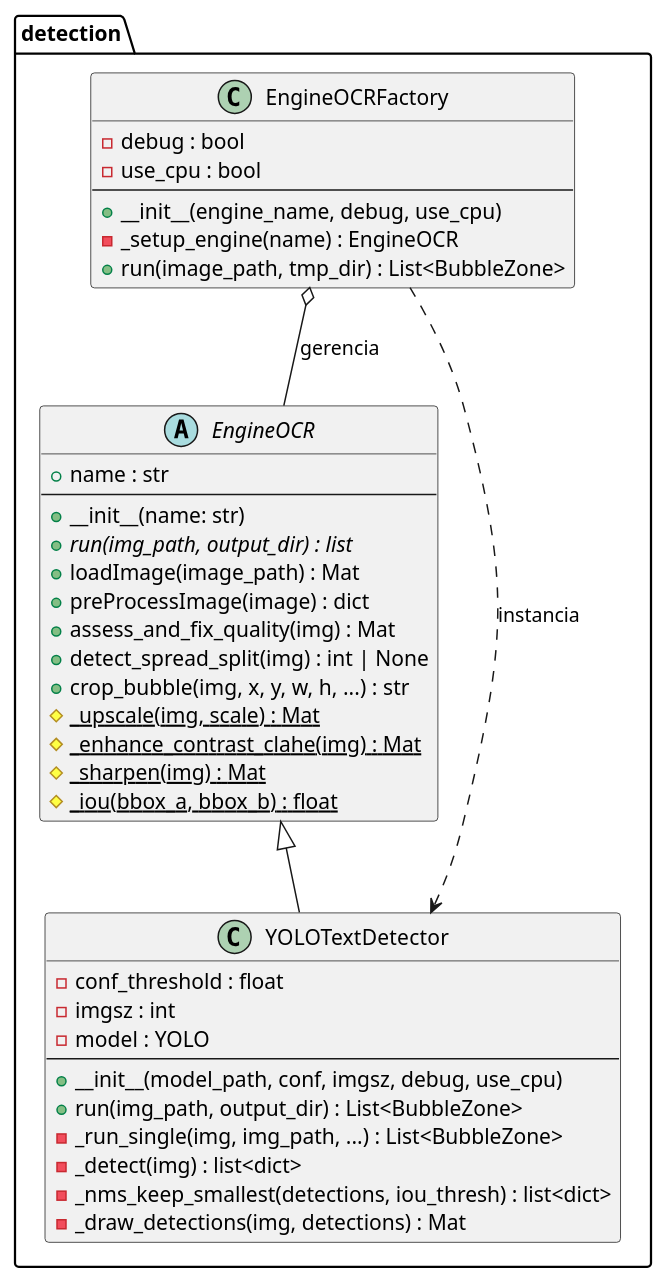
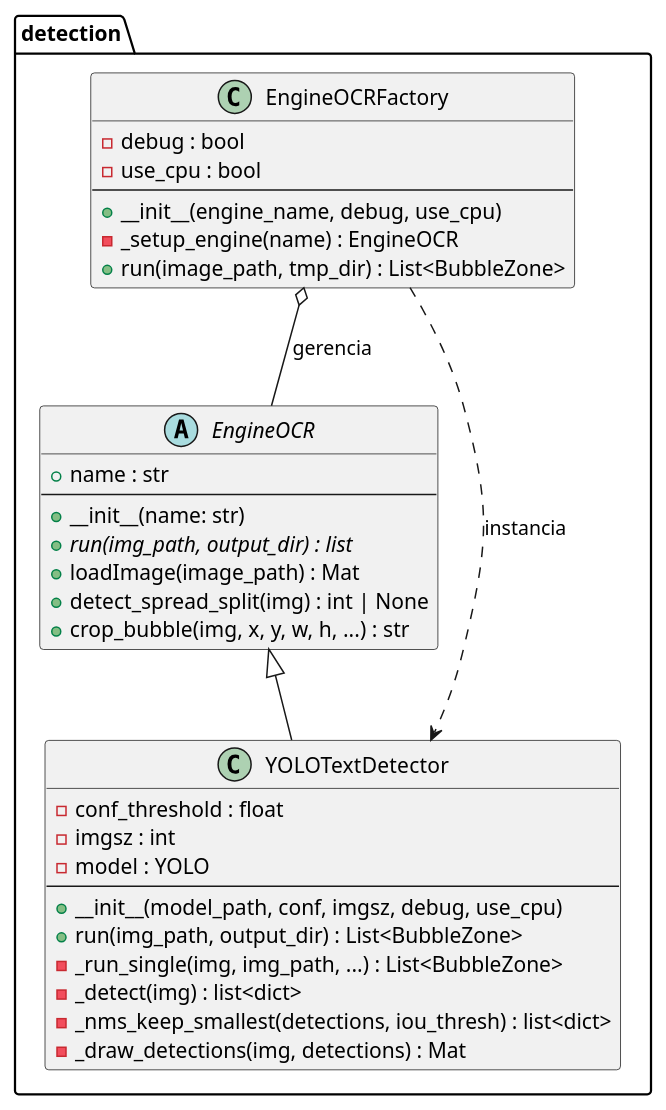
Before and after one commit to Chipskein/ftm: the diagram in docs/diagrams/detection.pu, drawn with PlantUML. The commit also changed 1 other file, not shown here.

Commit message:
ajuste diagrama de classe

```diff
--- a/docs/diagrams/detection.pu
+++ b/docs/diagrams/detection.pu
@@ -1,48 +1,42 @@
 @startuml
 
 package "detection" {
     abstract class EngineOCR {
         + name : str
         --
         + __init__(name: str)
         {abstract} + run(img_path, output_dir) : list
         + loadImage(image_path) : Mat
-        + preProcessImage(image) : dict
-        + assess_and_fix_quality(img) : Mat
         + detect_spread_split(img) : int | None
         + crop_bubble(img, x, y, w, h, ...) : str
-        {static} # _upscale(img, scale) : Mat
-        {static} # _enhance_contrast_clahe(img) : Mat
-        {static} # _sharpen(img) : Mat
-        {static} # _iou(bbox_a, bbox_b) : float
     }
 
     class EngineOCRFactory {
         - debug : bool
         - use_cpu : bool
         --
         + __init__(engine_name, debug, use_cpu)
         - _setup_engine(name) : EngineOCR
         + run(image_path, tmp_dir) : List<BubbleZone>
     }
 
     class YOLOTextDetector {
         - conf_threshold : float
         - imgsz : int
         - model : YOLO
         --
         + __init__(model_path, conf, imgsz, debug, use_cpu)
         + run(img_path, output_dir) : List<BubbleZone>
         - _run_single(img, img_path, ...) : List<BubbleZone>
         - _detect(img) : list<dict>
         - _nms_keep_smallest(detections, iou_thresh) : list<dict>
         - _draw_detections(img, detections) : Mat
     }
 }
 
 EngineOCR <|-- YOLOTextDetector
 EngineOCRFactory o-- EngineOCR : gerencia
 
 EngineOCRFactory ..> YOLOTextDetector : instancia
 
 @enduml
```
